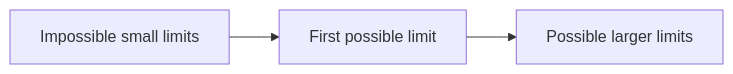
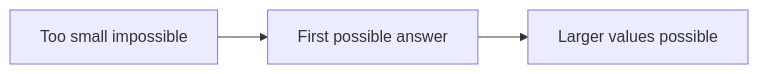
One commit to mthaiseer/springcloud-systemdesign-notes changed diagram 12 of 24 in CP_DSA_NOTES/CONCEPT_FRAMEWORK_FORMS_TATICS/binary_search_playbook.md. Above: the diagram before and after it, drawn with Mermaid. The commit also changed other lines of this file, not shown here.

````diff
--- a/CP_DSA_NOTES/CONCEPT_FRAMEWORK_FORMS_TATICS/binary_search_playbook.md
+++ b/CP_DSA_NOTES/CONCEPT_FRAMEWORK_FORMS_TATICS/binary_search_playbook.md
@@ -311,5 +413,5 @@
 ```mermaid
 flowchart LR
-    A["Impossible small limits"] --> B["First possible limit"]
-    B --> C["Possible larger limits"]
+    A["Too small impossible"] --> B["First possible answer"]
+    B --> C["Larger values possible"]
 ```
````
